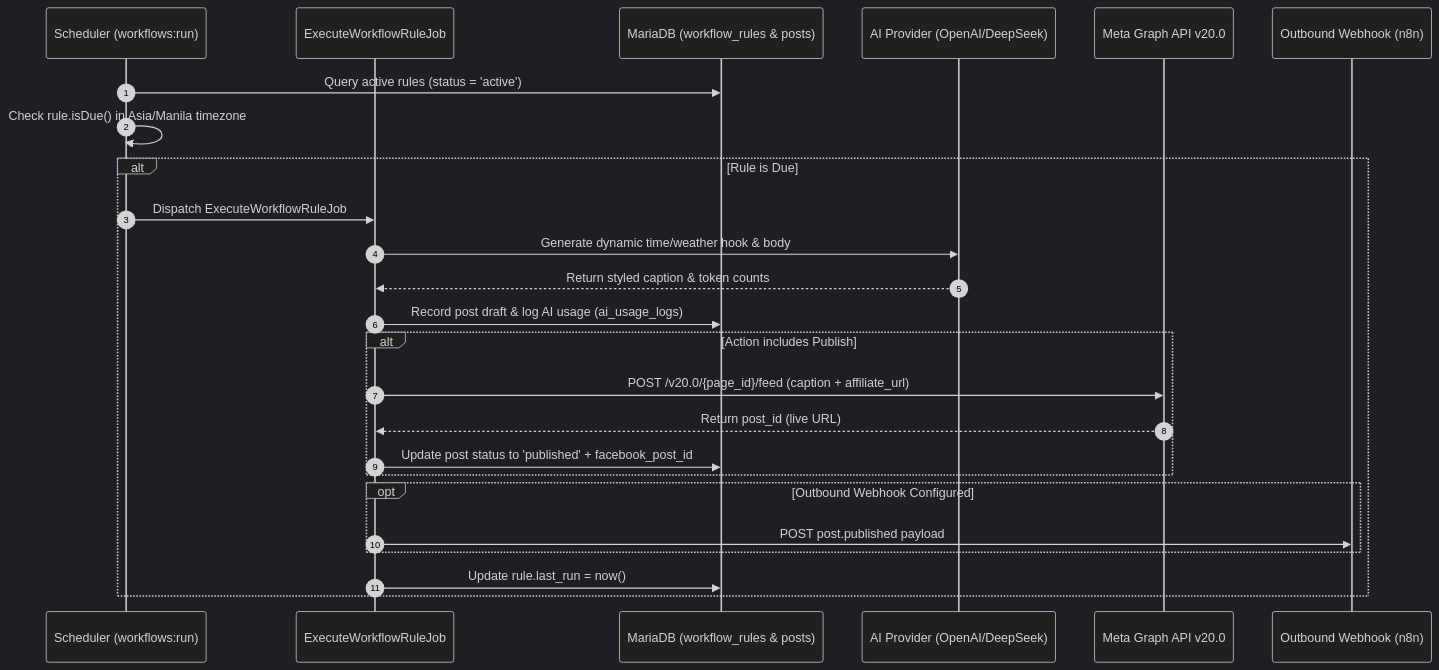
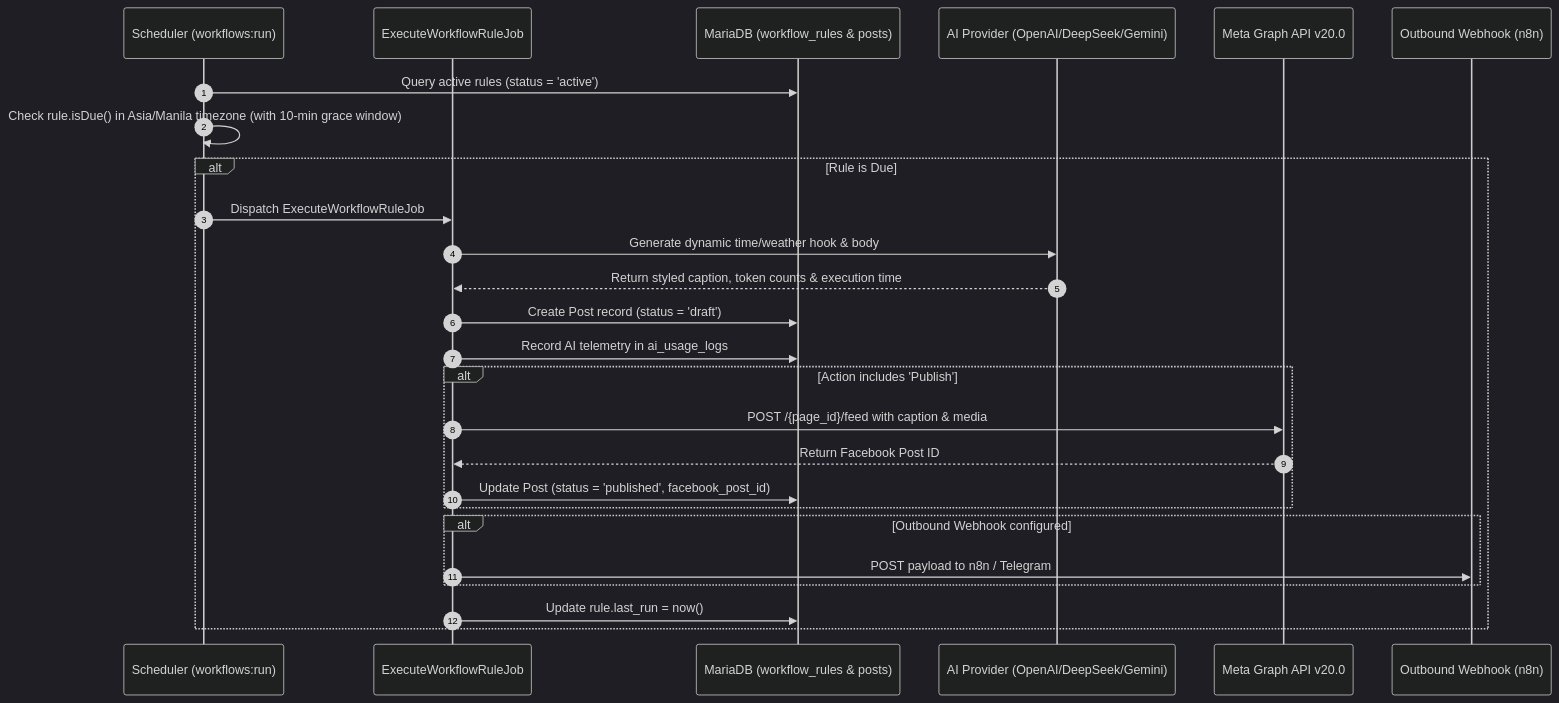
Before and after one commit to warr-dev/autoffiliate: the second of 4 diagrams in docs/ARCHITECTURE.md, drawn with Mermaid (dark theme). The commit also changed other lines of this file and 12 other files, not shown here.

Commit message:
feat(analytics): add AI usage & cost analytics engine with interactive dashboard and telemetry

````diff
--- a/docs/ARCHITECTURE.md
+++ b/docs/ARCHITECTURE.md
@@ -85,28 +95,29 @@
 ```mermaid
 sequenceDiagram
     autonumber
     participant S as Scheduler (workflows:run)
     participant J as ExecuteWorkflowRuleJob
     participant DB as MariaDB (workflow_rules & posts)
-    participant AI as AI Provider (OpenAI/DeepSeek)
+    participant AI as AI Provider (OpenAI/DeepSeek/Gemini)
     participant FB as Meta Graph API v20.0
     participant WH as Outbound Webhook (n8n)
 
     S->>DB: Query active rules (status = 'active')
-    S->>S: Check rule.isDue() in Asia/Manila timezone
+    S->>S: Check rule.isDue() in Asia/Manila timezone (with 10-min grace window)
     alt Rule is Due
         S->>J: Dispatch ExecuteWorkflowRuleJob
         J->>AI: Generate dynamic time/weather hook & body
-        AI-->>J: Return styled caption & token counts
-        J->>DB: Record post draft & log AI usage (ai_usage_logs)
-        alt Action includes Publish
-            J->>FB: POST /v20.0/{page_id}/feed (caption + affiliate_url)
-            FB-->>J: Return post_id (live URL)
-            J->>DB: Update post status to 'published' + facebook_post_id
+        AI-->>J: Return styled caption, token counts & execution time
+        J->>DB: Create Post record (status = 'draft')
+        J->>DB: Record AI telemetry in ai_usage_logs
+        alt Action includes 'Publish'
+            J->>FB: POST /{page_id}/feed with caption & media
+            FB-->>J: Return Facebook Post ID
+            J->>DB: Update Post (status = 'published', facebook_post_id)
         end
-        opt Outbound Webhook Configured
-            J->>WH: POST post.published payload
+        alt Outbound Webhook configured
+            J->>WH: POST payload to n8n / Telegram
         end
         J->>DB: Update rule.last_run = now()
     end
 ```
````
